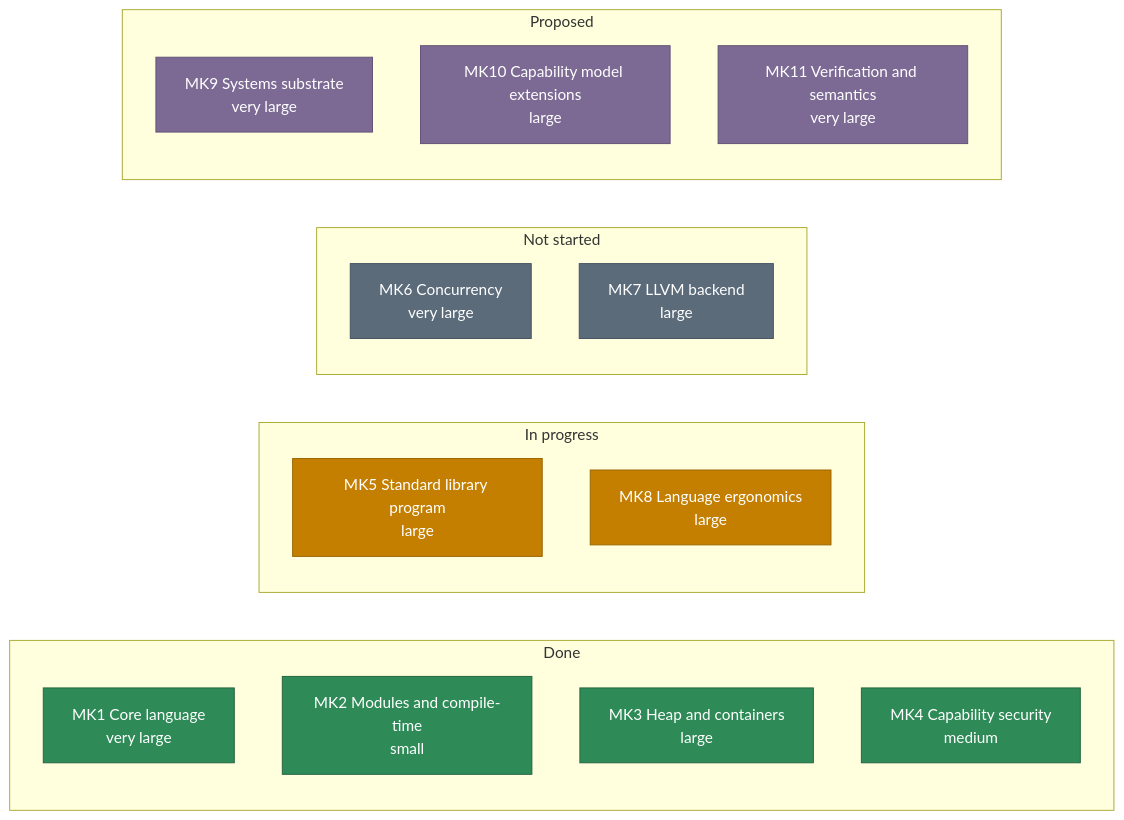
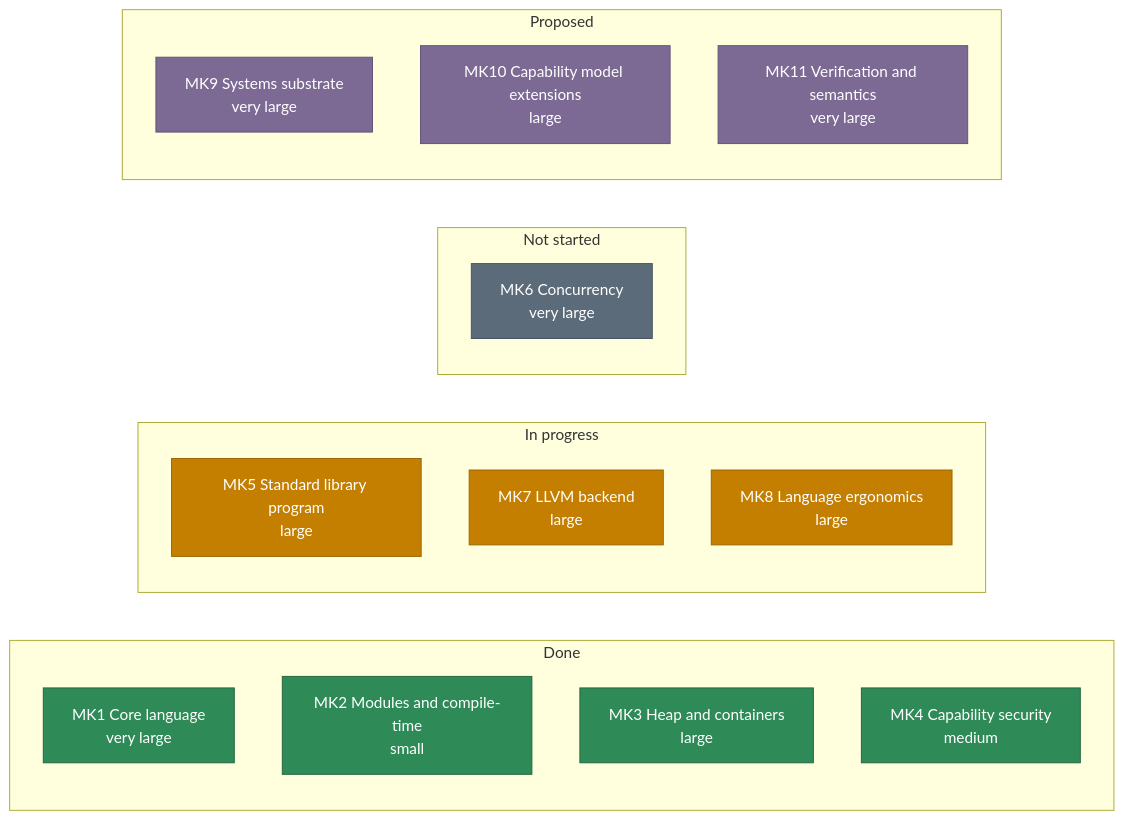
The diagram in home.md (cinderflaer/kelp-wiki), drawn with Mermaid before and after one commit. The commit also changed other lines of this file and 10 other files, not shown here.

First line of the commit message:
docs: the llvm backend is selectable, and the pages describe the scalar subset

````diff
--- a/home.md
+++ b/home.md
@@ -83,30 +83,30 @@
 ```mermaid
 flowchart LR
     subgraph done["Done"]
         MK1["MK1 Core language<br/>very large"]
         MK2["MK2 Modules and compile-time<br/>small"]
         MK3["MK3 Heap and containers<br/>large"]
         MK4["MK4 Capability security<br/>medium"]
     end
     subgraph active["In progress"]
         MK5["MK5 Standard library program<br/>large"]
+        MK7["MK7 LLVM backend<br/>large"]
         MK8["MK8 Language ergonomics<br/>large"]
     end
     subgraph planned["Not started"]
         MK6["MK6 Concurrency<br/>very large"]
-        MK7["MK7 LLVM backend<br/>large"]
     end
     subgraph proposed["Proposed"]
         MK9["MK9 Systems substrate<br/>very large"]
         MK10["MK10 Capability model extensions<br/>large"]
         MK11["MK11 Verification and semantics<br/>very large"]
     end
     classDef statusDone fill:#2e8b57,color:#ffffff,stroke:#24633f
     classDef statusActive fill:#c47f00,color:#ffffff,stroke:#9a6400
     classDef statusPlanned fill:#5b6b7a,color:#ffffff,stroke:#455260
     classDef statusProposed fill:#7c6a94,color:#ffffff,stroke:#615275
     class MK1,MK2,MK3,MK4 statusDone
-    class MK5,MK8 statusActive
-    class MK6,MK7 statusPlanned
+    class MK5,MK7,MK8 statusActive
+    class MK6 statusPlanned
     class MK9,MK10,MK11 statusProposed
 ```
````
